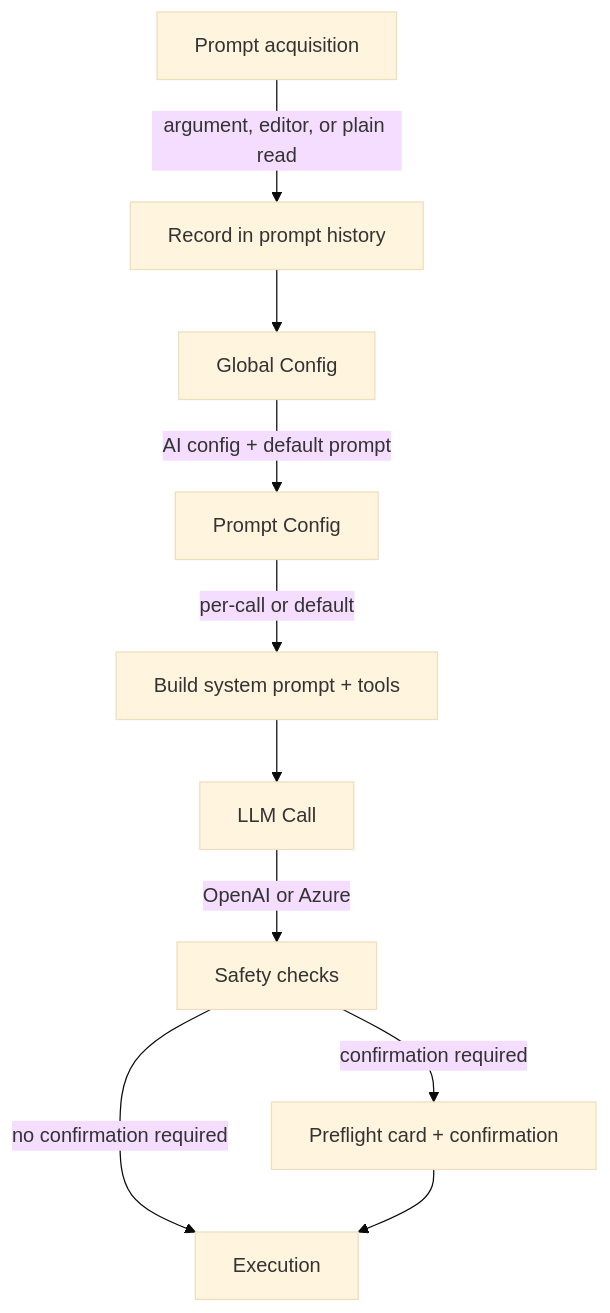
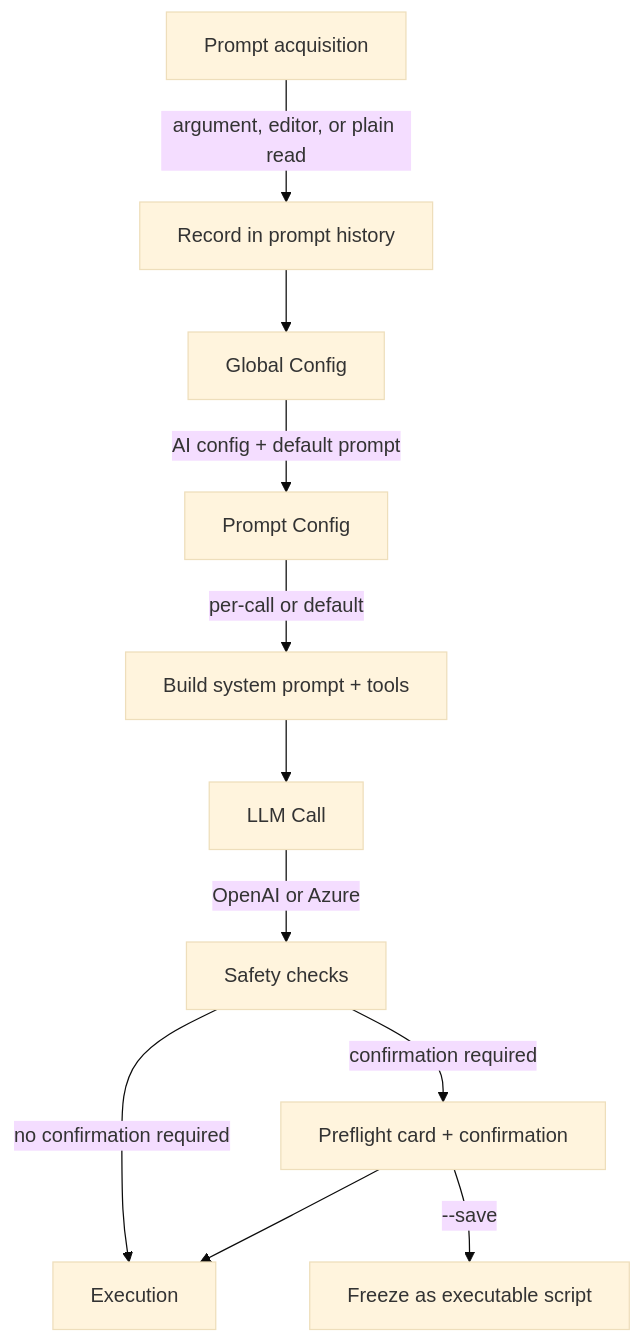
One commit to soyrochus/sai changed the diagram in docs/TECHSPEC.md. Above: the diagram before and after it, drawn with Mermaid (base theme). The commit also changed other lines of this file and 13 other files, not shown here.

````diff
--- a/docs/TECHSPEC.md
+++ b/docs/TECHSPEC.md
@@ -29,12 +29,13 @@
 ```mermaid
 flowchart TD
     A[Prompt acquisition] --> |argument, editor, or plain read| A2[Record in prompt history]
     A2 --> B[Global Config]
     B --> |AI config + default prompt| C[Prompt Config]
     C --> |per-call or default| D[Build system prompt + tools]
     D --> E[LLM Call]
     E --> |OpenAI or Azure| F[Safety checks]
     F --> |confirmation required| G[Preflight card + confirmation]
     F --> |no confirmation required| H[Execution]
     G --> H
+    G --> |"--save"| I[Freeze as executable script]
 ```
````
